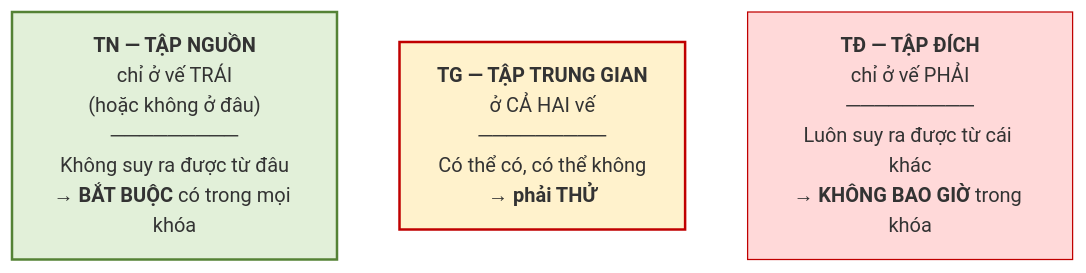
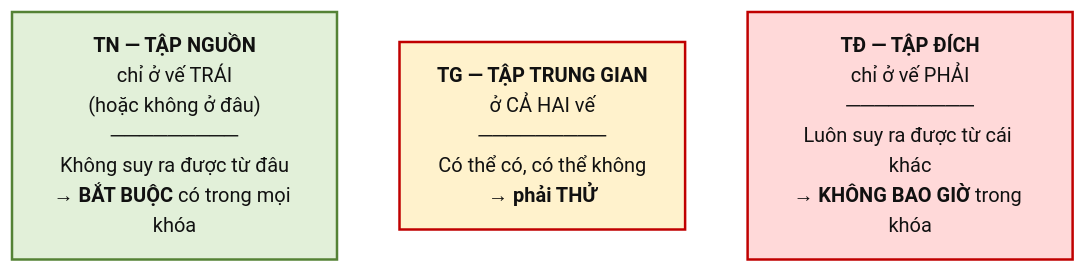
The first of 2 diagrams in docs/chuong-5/5-5-thuat-toan-tim-khoa.md (CuongNguyenDAU/csdl-dbs201), drawn with Mermaid before and after one commit. The commit also changed other lines of this file and 123 other files, not shown here.

Commit message:
Cập nhật bài giảng v7: sơ đồ ER ký pháp Chen, hình minh họa tự vẽ, mở rộng toàn diện Chương 5 và bổ sung lời giải A4, B5

````diff
--- a/docs/chuong-5/5-5-thuat-toan-tim-khoa.md
+++ b/docs/chuong-5/5-5-thuat-toan-tim-khoa.md
@@ -19,11 +19,11 @@
 ```mermaid
 flowchart LR
     TN["<b>TN — TẬP NGUỒN</b><br/>chỉ ở vế TRÁI<br/>(hoặc không ở đâu)<br/>─────────<br/>Không suy ra được từ đâu<br/>→ <b>BẮT BUỘC</b> có trong mọi khóa"]
     TG["<b>TG — TẬP TRUNG GIAN</b><br/>ở CẢ HAI vế<br/>─────────<br/>Có thể có, có thể không<br/>→ <b>phải THỬ</b>"]
     TD["<b>TĐ — TẬP ĐÍCH</b><br/>chỉ ở vế PHẢI<br/>─────────<br/>Luôn suy ra được từ cái khác<br/>→ <b>KHÔNG BAO GIỜ</b> trong khóa"]
     TN ~~~ TG
     TG ~~~ TD
-    style TN fill:#E2F0D9,stroke:#548235,stroke-width:2px
-    style TG fill:#FFF2CC,stroke:#C00000,stroke-width:2px
-    style TD fill:#FFD9D9,stroke:#C00000
+    style TN fill:#E2F0D9,color:#111111,stroke:#548235,stroke-width:2px
+    style TG fill:#FFF2CC,color:#111111,stroke:#C00000,stroke-width:2px
+    style TD fill:#FFD9D9,color:#111111,stroke:#C00000,stroke-width:2px
 ```
````
